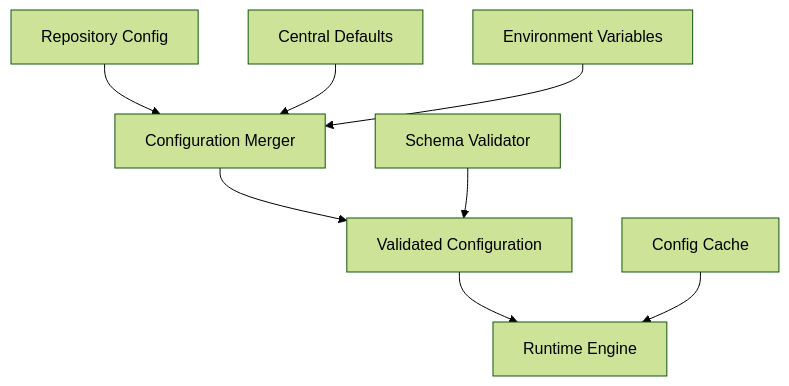
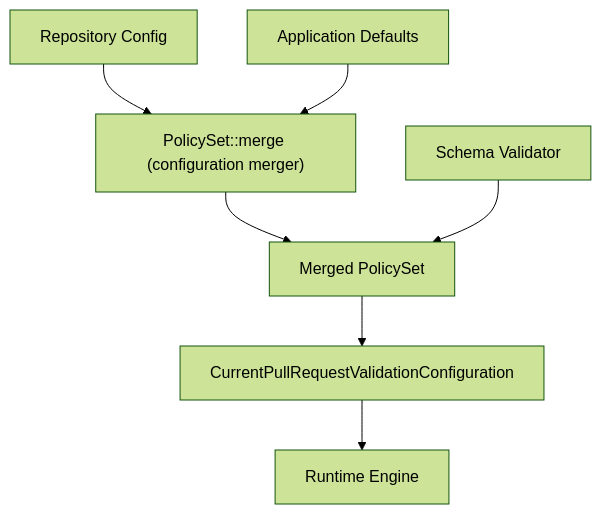
Before and after one commit to pvandervelde/merge_warden: the first of 2 diagrams in docs/spec/design/configuration-system.md, drawn with Mermaid (forest theme). The commit also changed other lines of this file and 3 other files, not shown here.

First line of the commit message:
docs(architecture): add policy engine ADR and interface spec

````diff
--- a/docs/spec/design/configuration-system.md
+++ b/docs/spec/design/configuration-system.md
@@ -30,11 +30,10 @@
 ```mermaid
 graph TD
-    A[Repository Config] --> D[Configuration Merger]
-    B[Central Defaults] --> D
-    C[Environment Variables] --> D
-    D --> E[Validated Configuration]
-    E --> F[Runtime Engine]
+    A[Repository Config] --> D["PolicySet::merge (configuration merger)"]
+    B[Application Defaults] --> D
+    D --> E[Merged PolicySet]
+    E --> F[CurrentPullRequestValidationConfiguration]
+    F --> G[Runtime Engine]
 
-    G[Schema Validator] --> E
-    H[Config Cache] --> F
+    H[Schema Validator] --> E
 ```
````
